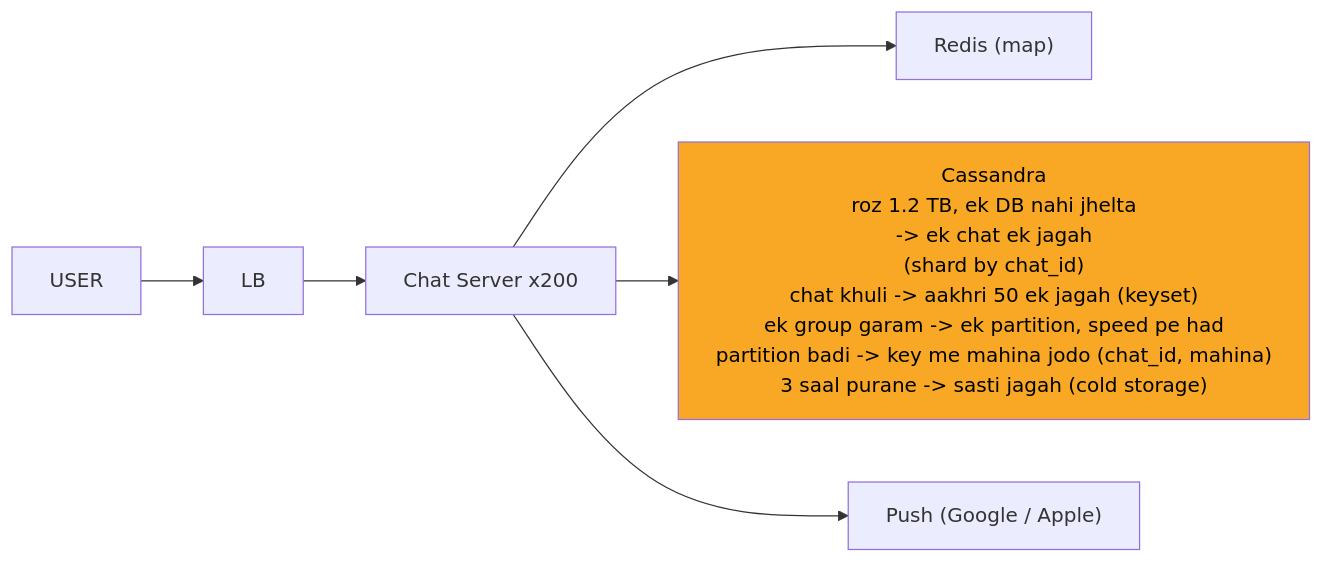
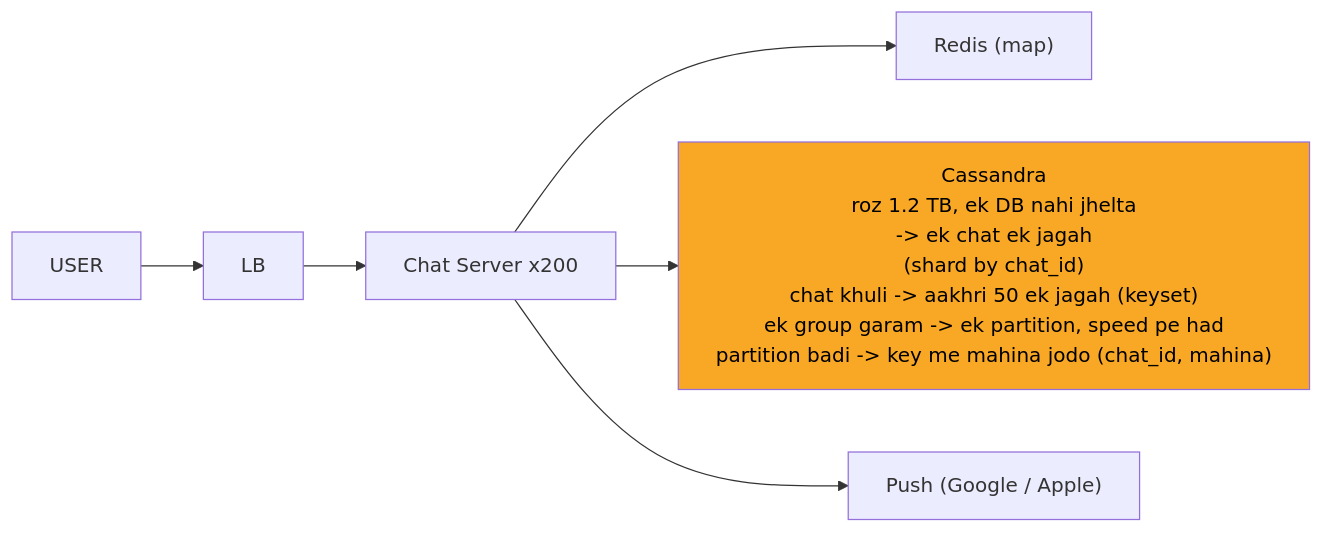
The fifth of 12 diagrams in 04_HLD/SYSTEM_DESIGNS/14_chat_messaging/14_chat_messaging.md (ArpanMaheshwari144/Prep), drawn with Mermaid before and after one commit. The commit also changed other lines of this file and 13 other files, not shown here.

````diff
--- a/04_HLD/SYSTEM_DESIGNS/14_chat_messaging/14_chat_messaging.md
+++ b/04_HLD/SYSTEM_DESIGNS/14_chat_messaging/14_chat_messaging.md
@@ -228,16 +228,16 @@
 ```mermaid
 %%{init: {"flowchart": {"wrappingWidth": 450}}}%%
 flowchart LR
     n_U["USER"]
     n_LB["LB"]
     n_CS["Chat Server x200"]
     n_R["Redis (map)"]
-    n_CA["Cassandra<br/>roz 1.2 TB, ek DB nahi jhelta<br/>-> ek chat ek jagah<br/>(shard by chat_id)<br/>chat khuli -> aakhri 50 ek jagah (keyset)<br/>ek group garam -> ek partition, speed pe had<br/>partition badi -> key me mahina jodo (chat_id, mahina)<br/>3 saal purane -> sasti jagah (cold storage)"]
+    n_CA["Cassandra<br/>roz 1.2 TB, ek DB nahi jhelta<br/>-> ek chat ek jagah<br/>(shard by chat_id)<br/>chat khuli -> aakhri 50 ek jagah (keyset)<br/>ek group garam -> ek partition, speed pe had<br/>partition badi -> key me mahina jodo (chat_id, mahina)"]
     n_P["Push (Google / Apple)"]
     n_U --> n_LB
     n_LB --> n_CS
     n_CS --> n_R
     n_CS --> n_CA
     n_CS --> n_P
     style n_CA fill:#f9a825,color:#000
 ```
````
